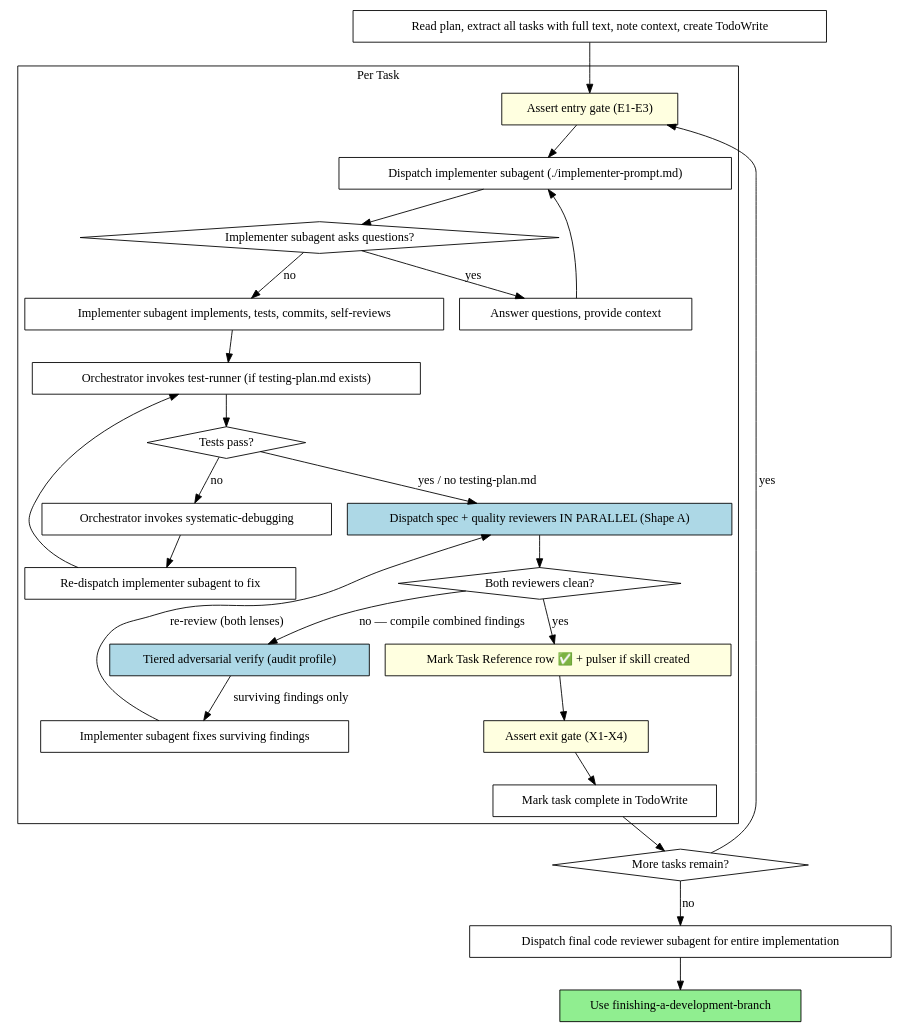
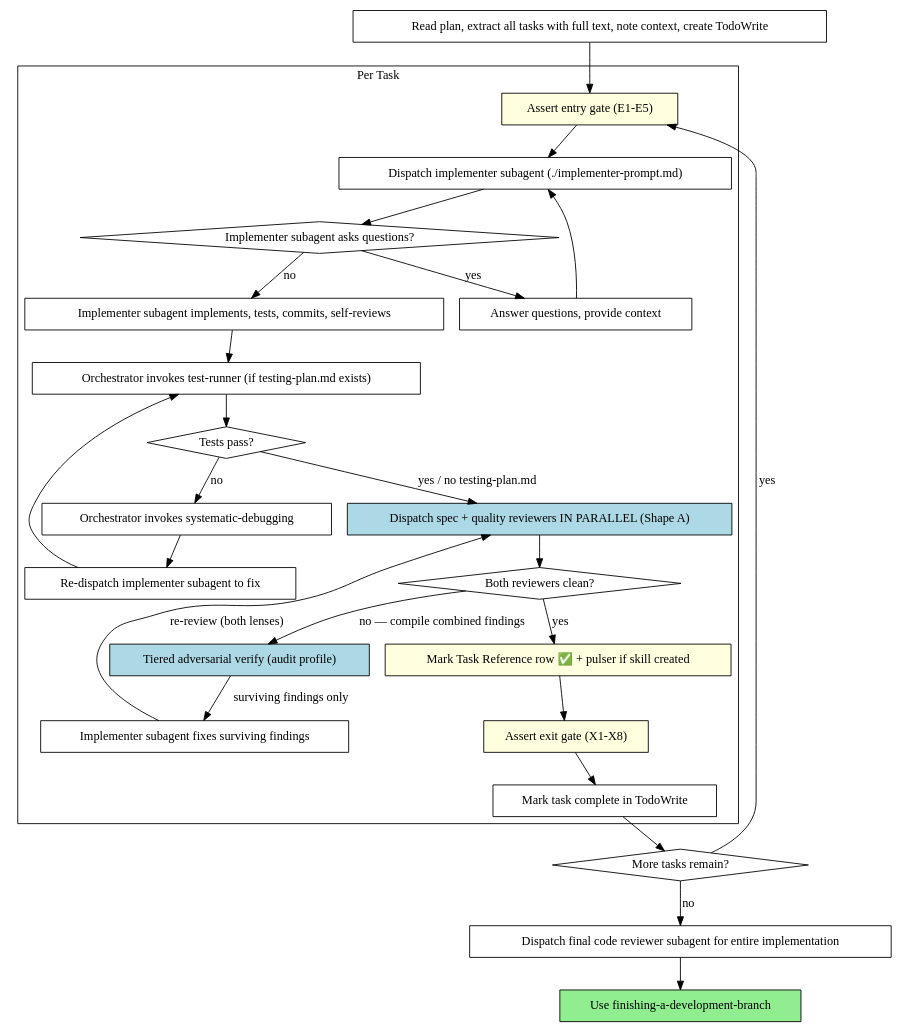
Before and after one commit to TeamClyde/clydes_claude: the second of 2 diagrams in skills/subagent-driven-development/SKILL.md, drawn with Graphviz. The commit also changed other lines of this file and 27 other files, not shown here.

````diff
--- a/skills/subagent-driven-development/SKILL.md
+++ b/skills/subagent-driven-development/SKILL.md
@@ -43,54 +43,54 @@
 ```dot
 digraph process {
     rankdir=TB;
 
     subgraph cluster_per_task {
         label="Per Task";
-        "Assert entry gate (E1-E3)" [shape=box style=filled fillcolor=lightyellow];
+        "Assert entry gate (E1-E5)" [shape=box style=filled fillcolor=lightyellow];
         "Dispatch implementer subagent (./implementer-prompt.md)" [shape=box];
         "Implementer subagent asks questions?" [shape=diamond];
         "Answer questions, provide context" [shape=box];
         "Implementer subagent implements, tests, commits, self-reviews" [shape=box];
         "Dispatch spec + quality reviewers IN PARALLEL (Shape A)" [shape=box style=filled fillcolor=lightblue];
         "Both reviewers clean?" [shape=diamond];
         "Tiered adversarial verify (audit profile)" [shape=box style=filled fillcolor=lightblue];
         "Implementer subagent fixes surviving findings" [shape=box];
         "Mark Task Reference row ✅ + pulser if skill created" [shape=box style=filled fillcolor=lightyellow];
-        "Assert exit gate (X1-X4)" [shape=box style=filled fillcolor=lightyellow];
+        "Assert exit gate (X1-X8)" [shape=box style=filled fillcolor=lightyellow];
         "Mark task complete in TodoWrite" [shape=box];
         "Orchestrator invokes test-runner (if testing-plan.md exists)" [shape=box];
         "Tests pass?" [shape=diamond];
         "Orchestrator invokes systematic-debugging" [shape=box];
         "Re-dispatch implementer subagent to fix" [shape=box];
     }
 
     "Read plan, extract all tasks with full text, note context, create TodoWrite" [shape=box];
     "More tasks remain?" [shape=diamond];
     "Dispatch final code reviewer subagent for entire implementation" [shape=box];
     "Use finishing-a-development-branch" [shape=box style=filled fillcolor=lightgreen];
 
-    "Read plan, extract all tasks with full text, note context, create TodoWrite" -> "Assert entry gate (E1-E3)";
-    "Assert entry gate (E1-E3)" -> "Dispatch implementer subagent (./implementer-prompt.md)";
+    "Read plan, extract all tasks with full text, note context, create TodoWrite" -> "Assert entry gate (E1-E5)";
+    "Assert entry gate (E1-E5)" -> "Dispatch implementer subagent (./implementer-prompt.md)";
     "Dispatch implementer subagent (./implementer-prompt.md)" -> "Implementer subagent asks questions?";
     "Implementer subagent asks questions?" -> "Answer questions, provide context" [label="yes"];
     "Answer questions, provide context" -> "Dispatch implementer subagent (./implementer-prompt.md)";
     "Implementer subagent asks questions?" -> "Implementer subagent implements, tests, commits, self-reviews" [label="no"];
     "Implementer subagent implements, tests, commits, self-reviews" -> "Orchestrator invokes test-runner (if testing-plan.md exists)";
     "Orchestrator invokes test-runner (if testing-plan.md exists)" -> "Tests pass?";
     "Tests pass?" -> "Dispatch spec + quality reviewers IN PARALLEL (Shape A)" [label="yes / no testing-plan.md"];
     "Tests pass?" -> "Orchestrator invokes systematic-debugging" [label="no"];
     "Orchestrator invokes systematic-debugging" -> "Re-dispatch implementer subagent to fix";
     "Re-dispatch implementer subagent to fix" -> "Orchestrator invokes test-runner (if testing-plan.md exists)";
     "Dispatch spec + quality reviewers IN PARALLEL (Shape A)" -> "Both reviewers clean?";
     "Both reviewers clean?" -> "Tiered adversarial verify (audit profile)" [label="no — compile combined findings"];
     "Tiered adversarial verify (audit profile)" -> "Implementer subagent fixes surviving findings" [label="surviving findings only"];
     "Implementer subagent fixes surviving findings" -> "Dispatch spec + quality reviewers IN PARALLEL (Shape A)" [label="re-review (both lenses)"];
     "Both reviewers clean?" -> "Mark Task Reference row ✅ + pulser if skill created" [label="yes"];
-    "Mark Task Reference row ✅ + pulser if skill created" -> "Assert exit gate (X1-X4)";
-    "Assert exit gate (X1-X4)" -> "Mark task complete in TodoWrite";
+    "Mark Task Reference row ✅ + pulser if skill created" -> "Assert exit gate (X1-X8)";
+    "Assert exit gate (X1-X8)" -> "Mark task complete in TodoWrite";
     "Mark task complete in TodoWrite" -> "More tasks remain?";
-    "More tasks remain?" -> "Assert entry gate (E1-E3)" [label="yes"];
+    "More tasks remain?" -> "Assert entry gate (E1-E5)" [label="yes"];
     "More tasks remain?" -> "Dispatch final code reviewer subagent for entire implementation" [label="no"];
     "Dispatch final code reviewer subagent for entire implementation" -> "Use finishing-a-development-branch";
 }
 ```
````
